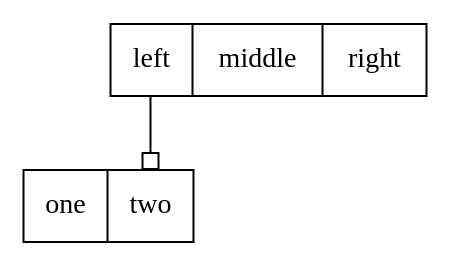
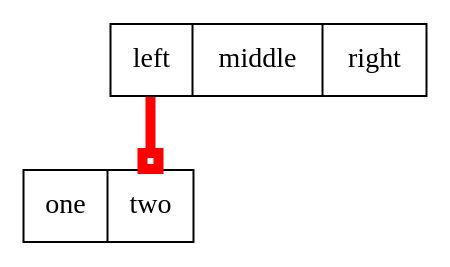
The diagram in data/15.gv (graphviz-perl/GraphViz2-Marpa), drawn with Graphviz before and after one commit. The commit also changed 10 other files, not shown here.

```diff
--- a/data/15.gv
+++ b/data/15.gv
@@ -1,19 +1,24 @@
 digraph graph_15
 {
 	node
 	[
 		shape = "record"
+	]
+	edge
+	[
+		color = "red"
+		penwidth = 5
 	]
 	node_15_1
 	[
 		label = "<f0> left|<f1> middle|<f2> right"
 	]
 	node_15_2
 	[
 		label = "<f0> one|<f1> two"
 	]
 	node_15_1:f0 -> node_15_2:f1
 	[
 		arrowhead = "obox"
 	]
 }
```
